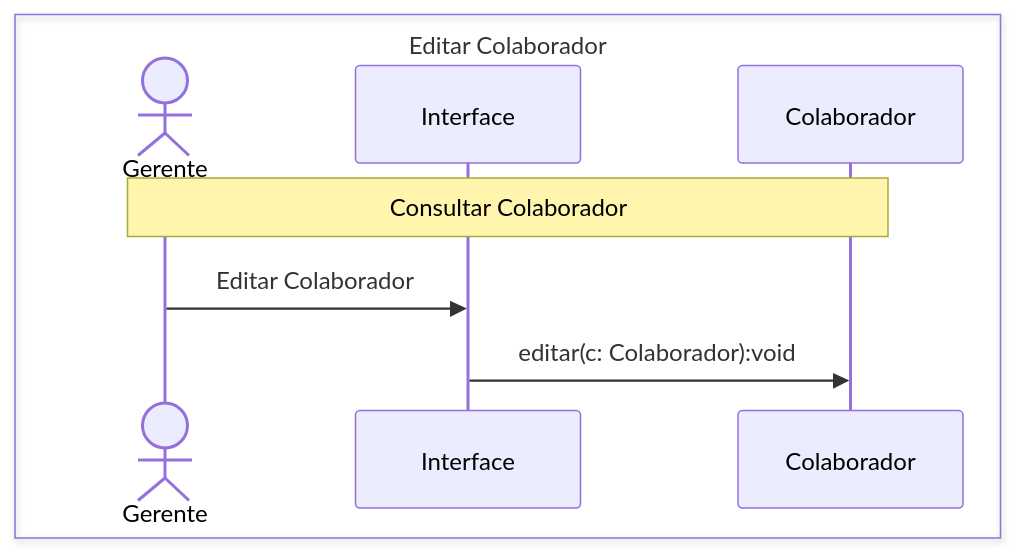
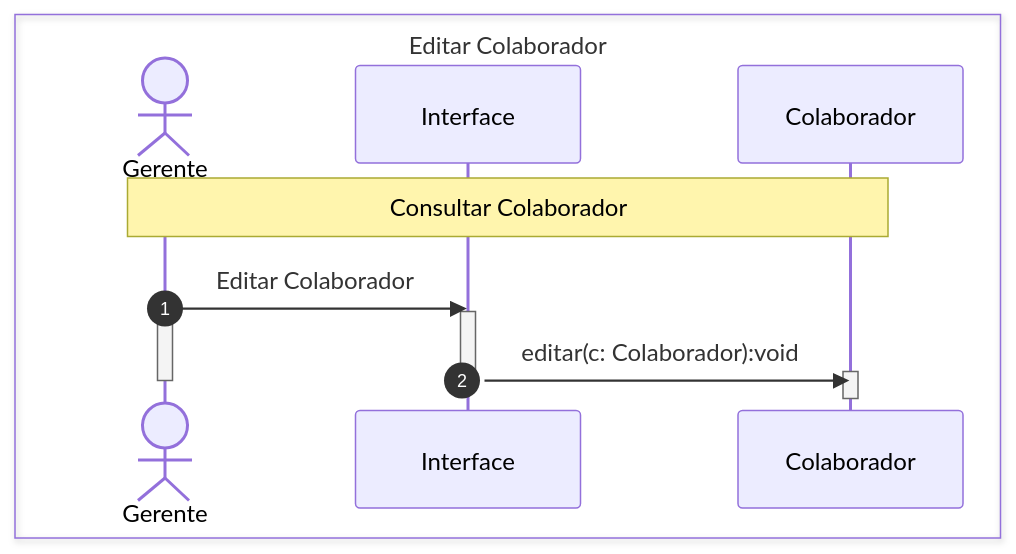
One commit to anderson-gpc/colab changed the fourth of 4 diagrams in DS_Manter_Colaborador.md. Above: the diagram before and after it, drawn with Mermaid. The commit also changed other lines of this file, not shown here.

````diff
--- a/DS_Manter_Colaborador.md
+++ b/DS_Manter_Colaborador.md
@@ -66,15 +85,21 @@
 ```mermaid
-%%{init: {'theme': 'default'}}%%
 sequenceDiagram
+    autonumber
     box Editar Colaborador
-        Actor Al as Gerente
+        actor Gerente
         participant Interface
         participant Colaborador
     end
 
-    note over Al, Colaborador: Consultar Colaborador
+    note over Gerente, Colaborador: Consultar Colaborador
 
-    Al->>Interface:Editar Colaborador
+    Gerente->>Interface:Editar Colaborador
+    activate Gerente
+    activate Interface
     Interface->>Colaborador:editar(c: Colaborador):void
+    activate Colaborador
 
+    deactivate Colaborador
+    deactivate Interface
+    deactivate Gerente
 ```
````
